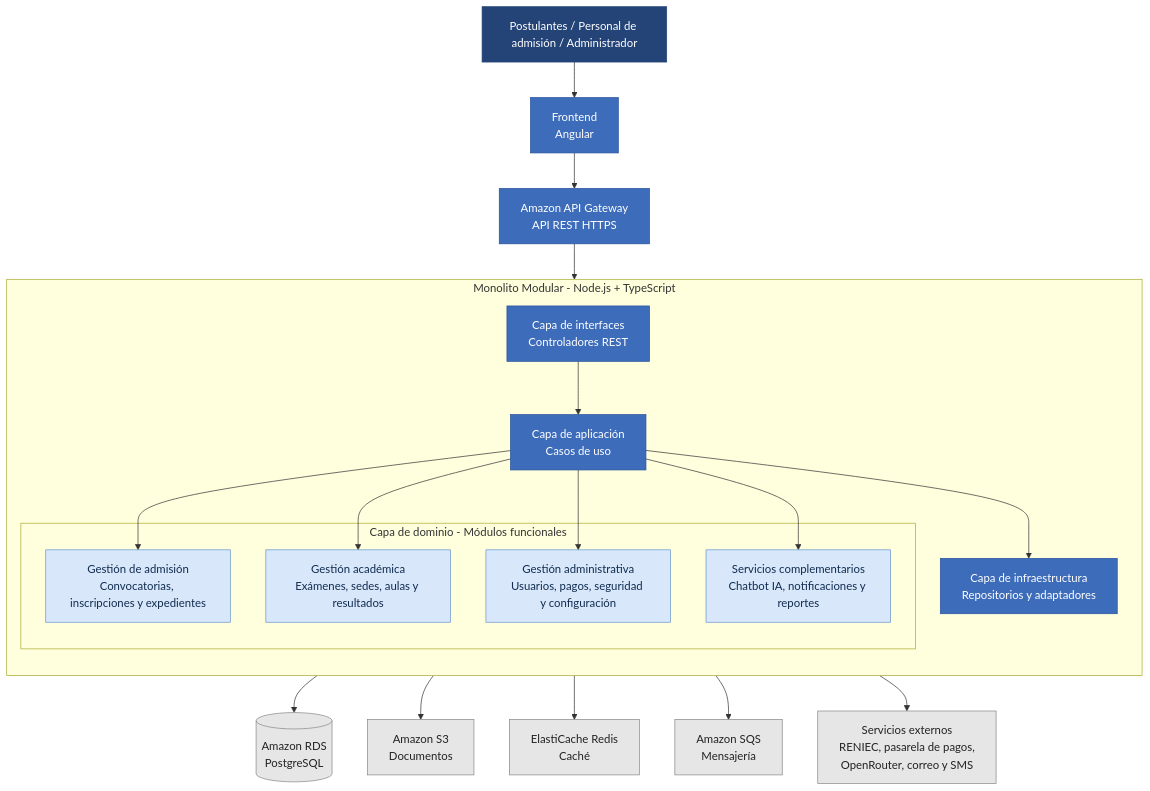
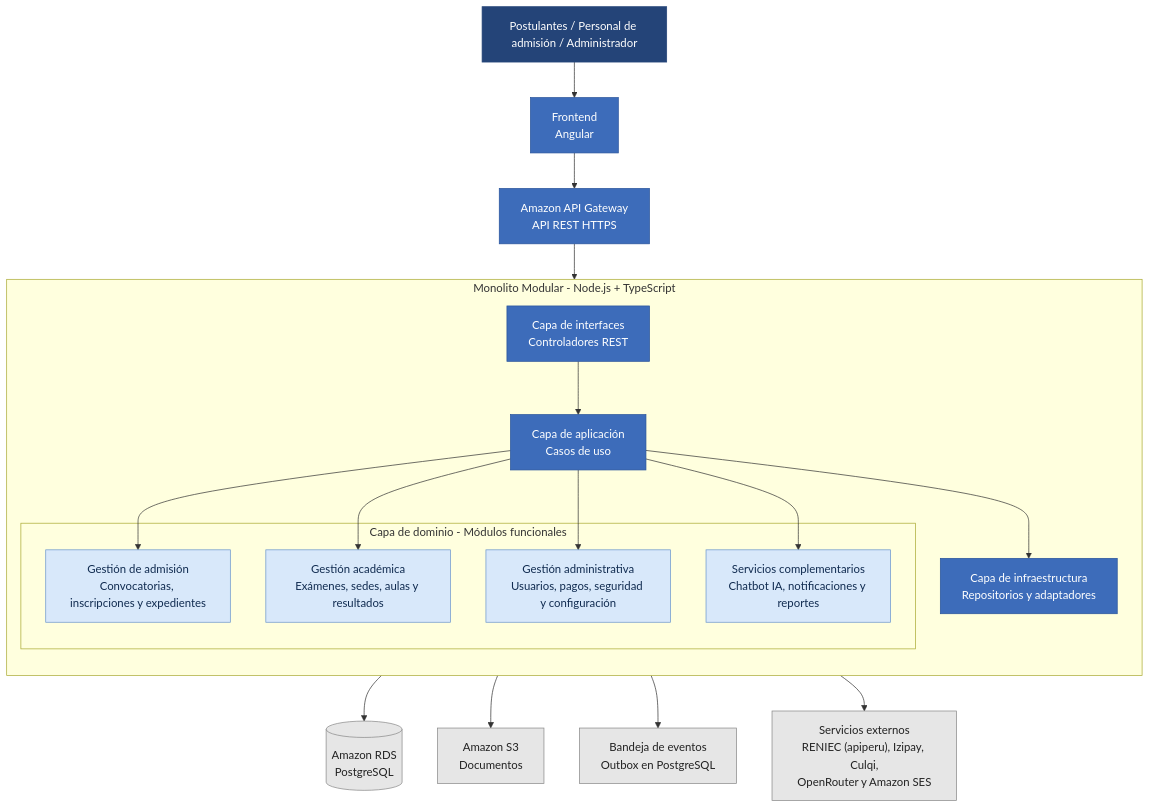
Before and after one commit to DiegoCoras06/ENTREGABLE-01-PROPUESTA-INICIAL-DEL-PROYECTO: the diagram in docs/02-arquitectura-de-software/09-componentes-arquitectonicos.md, drawn with Mermaid. The commit also changed other lines of this file and 27 other files, not shown here.

````diff
--- a/docs/02-arquitectura-de-software/09-componentes-arquitectonicos.md
+++ b/docs/02-arquitectura-de-software/09-componentes-arquitectonicos.md
@@ -14,61 +14,59 @@
 ```mermaid
 flowchart TB
     U["Postulantes / Personal de admisión / Administrador"]
 
     FE["Frontend<br/>Angular"]
 
     API["Amazon API Gateway<br/>API REST HTTPS"]
 
     subgraph BACKEND["Monolito Modular - Node.js + TypeScript"]
         direction TB
 
         CTRL["Capa de interfaces<br/>Controladores REST"]
 
         APP["Capa de aplicación<br/>Casos de uso"]
 
         subgraph MODULOS["Capa de dominio - Módulos funcionales"]
             M1["Gestión de admisión<br/>Convocatorias, inscripciones y expedientes"]
             M2["Gestión académica<br/>Exámenes, sedes, aulas y resultados"]
             M3["Gestión administrativa<br/>Usuarios, pagos, seguridad y configuración"]
             M4["Servicios complementarios<br/>Chatbot IA, notificaciones y reportes"]
         end
 
         INFRA["Capa de infraestructura<br/>Repositorios y adaptadores"]
 
         CTRL --> APP
 
         APP --> M1
         APP --> M2
         APP --> M3
         APP --> M4
 
         APP --> INFRA
     end
 
     DB[("Amazon RDS<br/>PostgreSQL")]
     S3["Amazon S3<br/>Documentos"]
-    REDIS["ElastiCache Redis<br/>Caché"]
-    SQS["Amazon SQS<br/>Mensajería"]
+    OUTBOX["Bandeja de eventos<br/>Outbox en PostgreSQL"]
 
-    EXT["Servicios externos<br/>RENIEC, pasarela de pagos,<br/>OpenRouter, correo y SMS"]
+    EXT["Servicios externos<br/>RENIEC (apiperu), Izipay, Culqi,<br/>OpenRouter y Amazon SES"]
 
     U --> FE
     FE --> API
     API --> CTRL
 
     INFRA --> DB
     INFRA --> S3
-    INFRA --> REDIS
-    INFRA --> SQS
+    INFRA --> OUTBOX
     INFRA --> EXT
 
     classDef user fill:#244478,color:#fff,stroke:#244478
     classDef main fill:#3d6cba,color:#fff,stroke:#28539b
     classDef module fill:#d8e8fa,color:#102b50,stroke:#6a95cc
     classDef external fill:#e6e6e6,color:#222,stroke:#888
 
     class U user
     class FE,API,CTRL,APP,INFRA main
     class M1,M2,M3,M4 module
-    class DB,S3,REDIS,SQS,EXT external
+    class DB,S3,OUTBOX,EXT external
 ```
````
